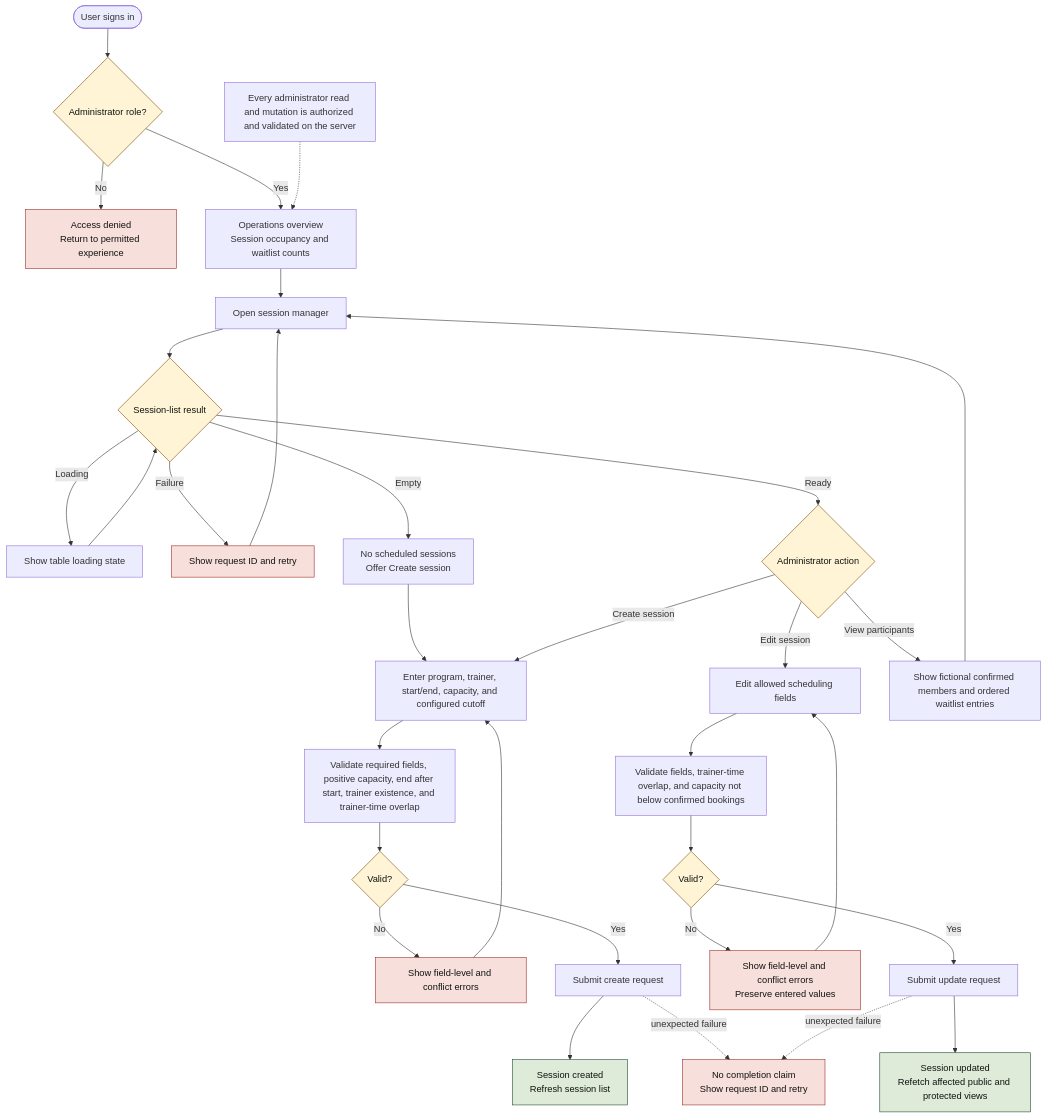
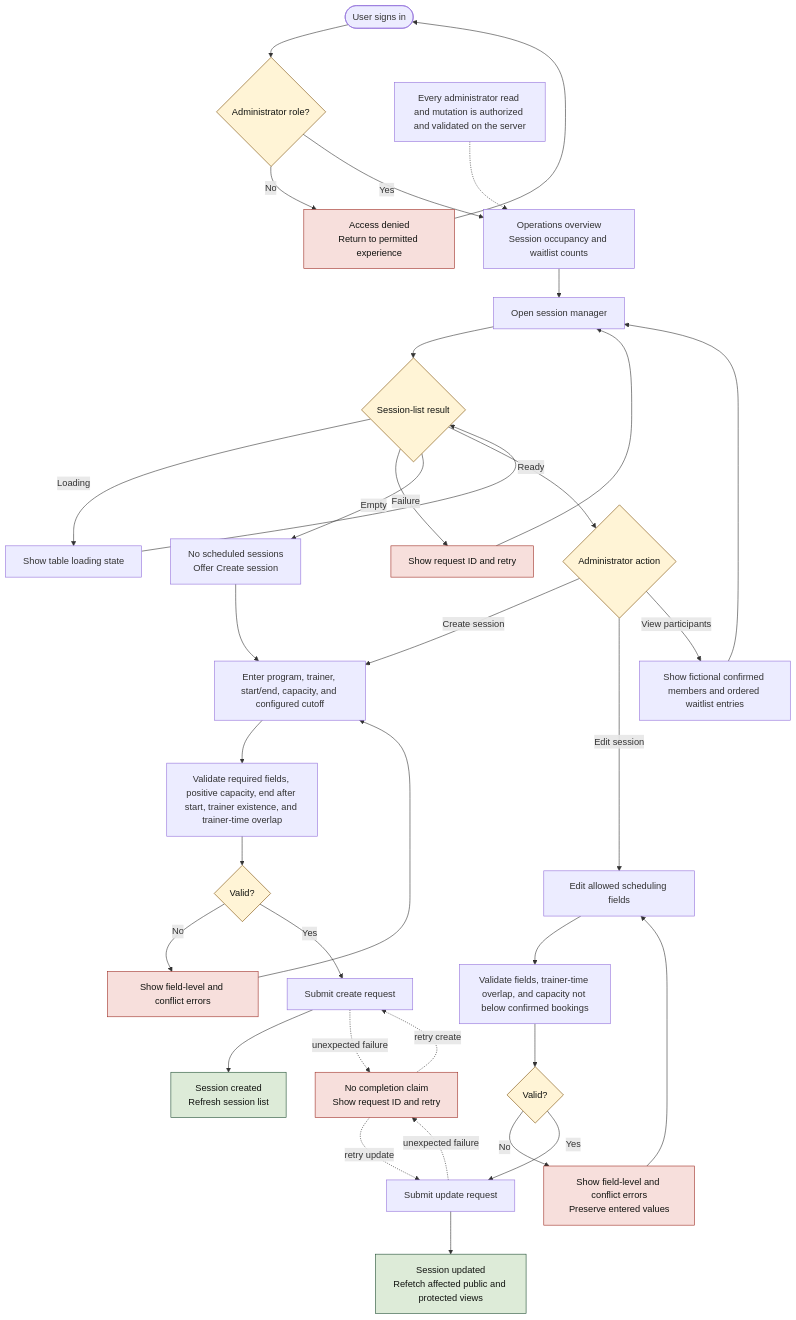
The diagram in docs/design/user-flow-admin.mmd (AqueosHeart/fitops), drawn with Mermaid before and after one commit. The commit also changed 35 other files, not shown here.

Commit message:
better diagraming and wireframe

```diff
--- a/docs/design/user-flow-admin.mmd
+++ b/docs/design/user-flow-admin.mmd
@@ -1,44 +1,46 @@
 flowchart TD
     classDef success fill:#DDEBD8,stroke:#1F4D32,color:#111310;
     classDef error fill:#F7DFDC,stroke:#9E2E25,color:#111310;
     classDef decision fill:#FFF4D6,stroke:#7A4B00,color:#111310;
 
     Start([User signs in]) --> Role{Administrator role?}
-    Role -- No --> Forbidden["Access denied<br/>Return to permitted experience"]:::error
+    Role -- No --> Forbidden["Access denied<br/>Return to permitted experience"]:::error --> Start
     Role -- Yes --> Overview["Operations overview<br/>Session occupancy and waitlist counts"]
     Overview --> Sessions[Open session manager]
     Sessions --> LoadState{Session-list result}
     LoadState -- Loading --> Loading[Show table loading state]
     Loading --> LoadState
     LoadState -- Failure --> Retry[Show request ID and retry]:::error
     Retry --> Sessions
     LoadState -- Empty --> Empty["No scheduled sessions<br/>Offer Create session"]
     LoadState -- Ready --> Action{Administrator action}
     Empty --> CreateForm
 
     Action -- Create session --> CreateForm["Enter program, trainer, start/end, capacity, and configured cutoff"]
     CreateForm --> ValidateCreate["Validate required fields, positive capacity, end after start, trainer existence, and trainer-time overlap"]
     ValidateCreate --> CreateValid{Valid?}
     CreateValid -- No --> CreateErrors[Show field-level and conflict errors]:::error
     CreateErrors --> CreateForm
     CreateValid -- Yes --> CreateSave[Submit create request]
     CreateSave --> Created["Session created<br/>Refresh session list"]:::success
 
     Action -- Edit session --> EditForm[Edit allowed scheduling fields]
     EditForm --> ValidateEdit["Validate fields, trainer-time overlap, and capacity not below confirmed bookings"]
     ValidateEdit --> EditValid{Valid?}
     EditValid -- No --> EditErrors["Show field-level and conflict errors<br/>Preserve entered values"]:::error
     EditErrors --> EditForm
     EditValid -- Yes --> EditSave[Submit update request]
     EditSave --> Updated["Session updated<br/>Refetch affected public and protected views"]:::success
 
     Action -- View participants --> Participants[Show fictional confirmed members and ordered waitlist entries]
     Participants --> Sessions
 
     CreateSave -. unexpected failure .-> SaveFailure["No completion claim<br/>Show request ID and retry"]:::error
     EditSave -. unexpected failure .-> SaveFailure
+    SaveFailure -. retry create .-> CreateSave
+    SaveFailure -. retry update .-> EditSave
 
     AuthorityNote["Every administrator read and mutation is authorized and validated on the server"]
     AuthorityNote -.-> Overview
 
     class Role,LoadState,Action,CreateValid,EditValid decision;
```
